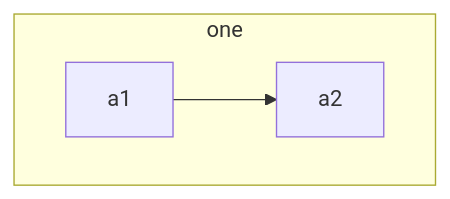
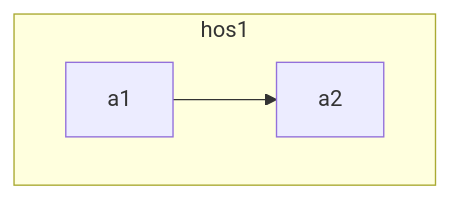
The diagram in all/network.md (googlelxhgithub/iodraw-files), drawn with Mermaid before and after one commit.

Commit message:
2024-08-30 21:44:35 update

````diff
--- a/all/network.md
+++ b/all/network.md
@@ -1,7 +1,7 @@
 ```mermaid
 flowchart TB
-    subgraph one
+    subgraph hos1
     a1-->a2
     end
  
 ```
````
